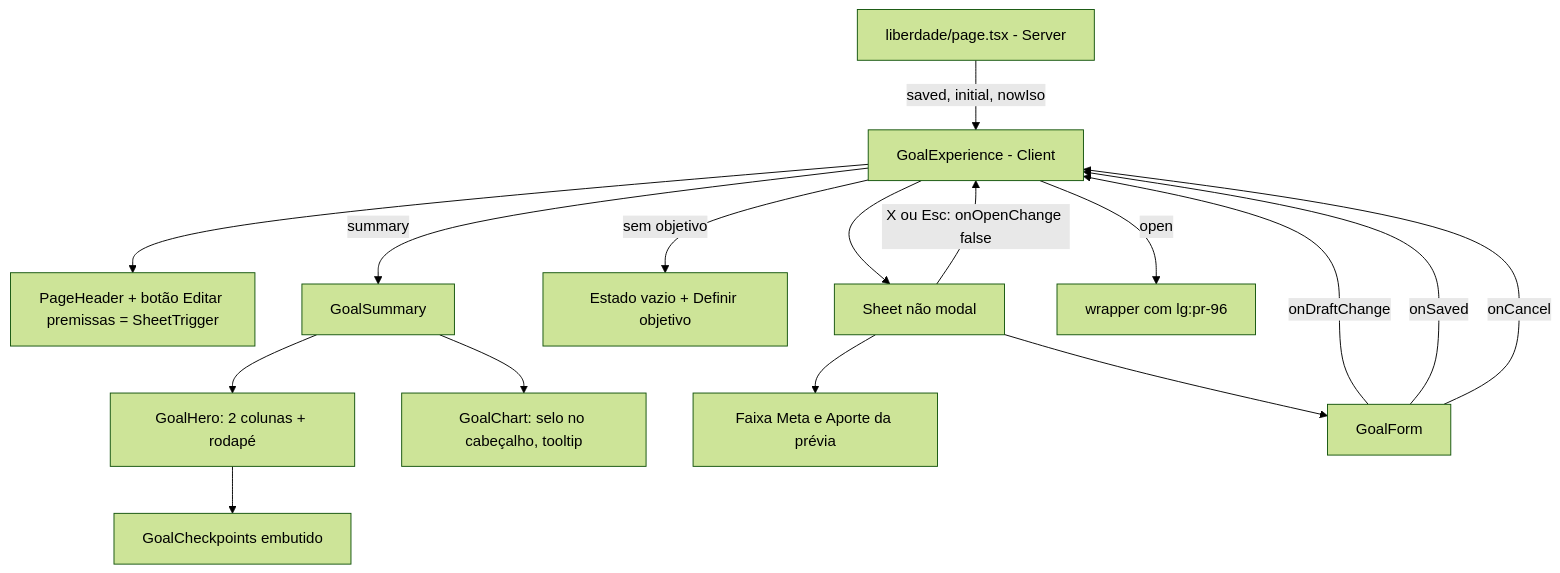
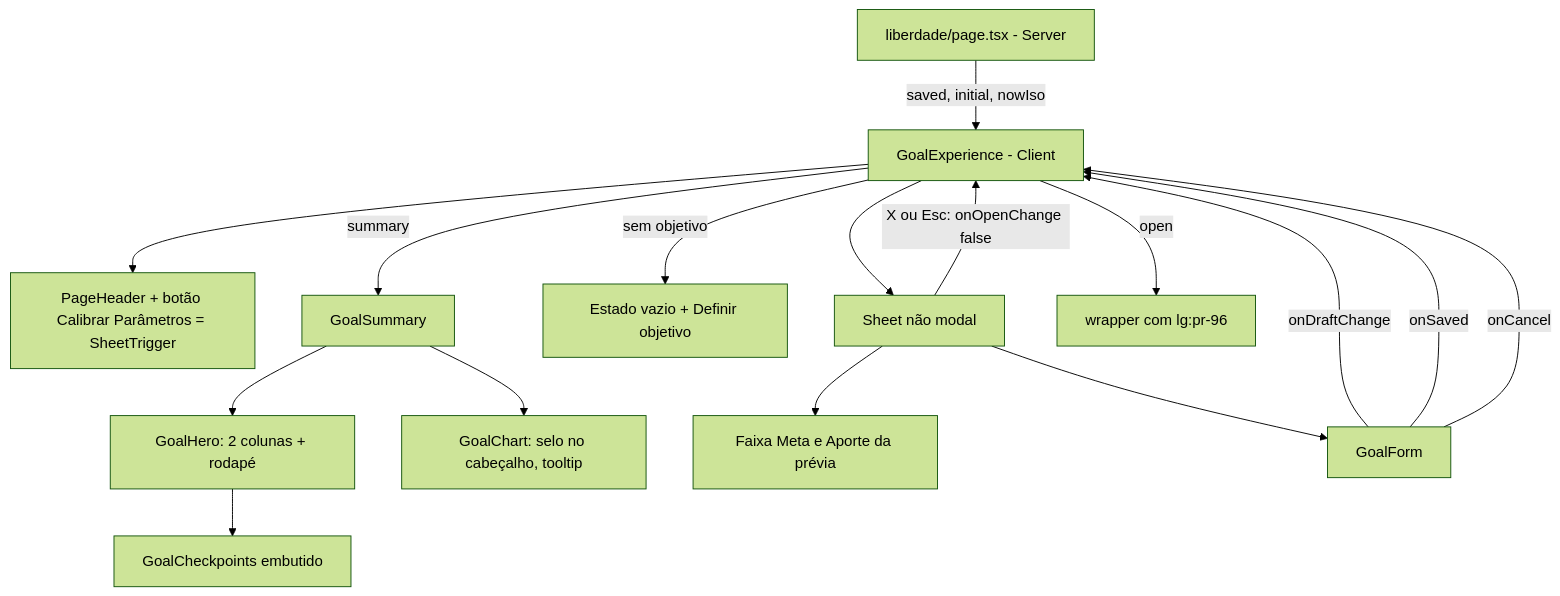
One commit to anonfinancedigital/anon-finance-nextjs changed the diagram in .specs/features/liberdade-layout/design.md. Above: the diagram before and after it, drawn with Mermaid (forest theme). The commit also changed other lines of this file and 2 other files, not shown here.

````diff
--- a/.specs/features/liberdade-layout/design.md
+++ b/.specs/features/liberdade-layout/design.md
@@ -20,18 +20,18 @@
 ```mermaid
 graph TD
     P[liberdade/page.tsx - Server] -->|saved, initial, nowIso| GE[GoalExperience - Client]
-    GE --> PH[PageHeader + botão Editar premissas = SheetTrigger]
+    GE --> PH[PageHeader + botão Calibrar Parâmetros = SheetTrigger]
     GE -->|summary| GS[GoalSummary]
     GS --> H[GoalHero: 2 colunas + rodapé]
     H --> K[GoalCheckpoints embutido]
     GS --> C[GoalChart: selo no cabeçalho, tooltip]
     GE -->|sem objetivo| EV[Estado vazio + Definir objetivo]
     GE --> SH[Sheet não modal]
     SH --> DS[Faixa Meta e Aporte da prévia]
     SH --> GF[GoalForm]
     GF -->|onDraftChange| GE
     GF -->|onSaved| GE
     GF -->|onCancel| GE
     SH -->|X ou Esc: onOpenChange false| GE
     GE -->|open| W[wrapper com lg:pr-96]
 ```
````
